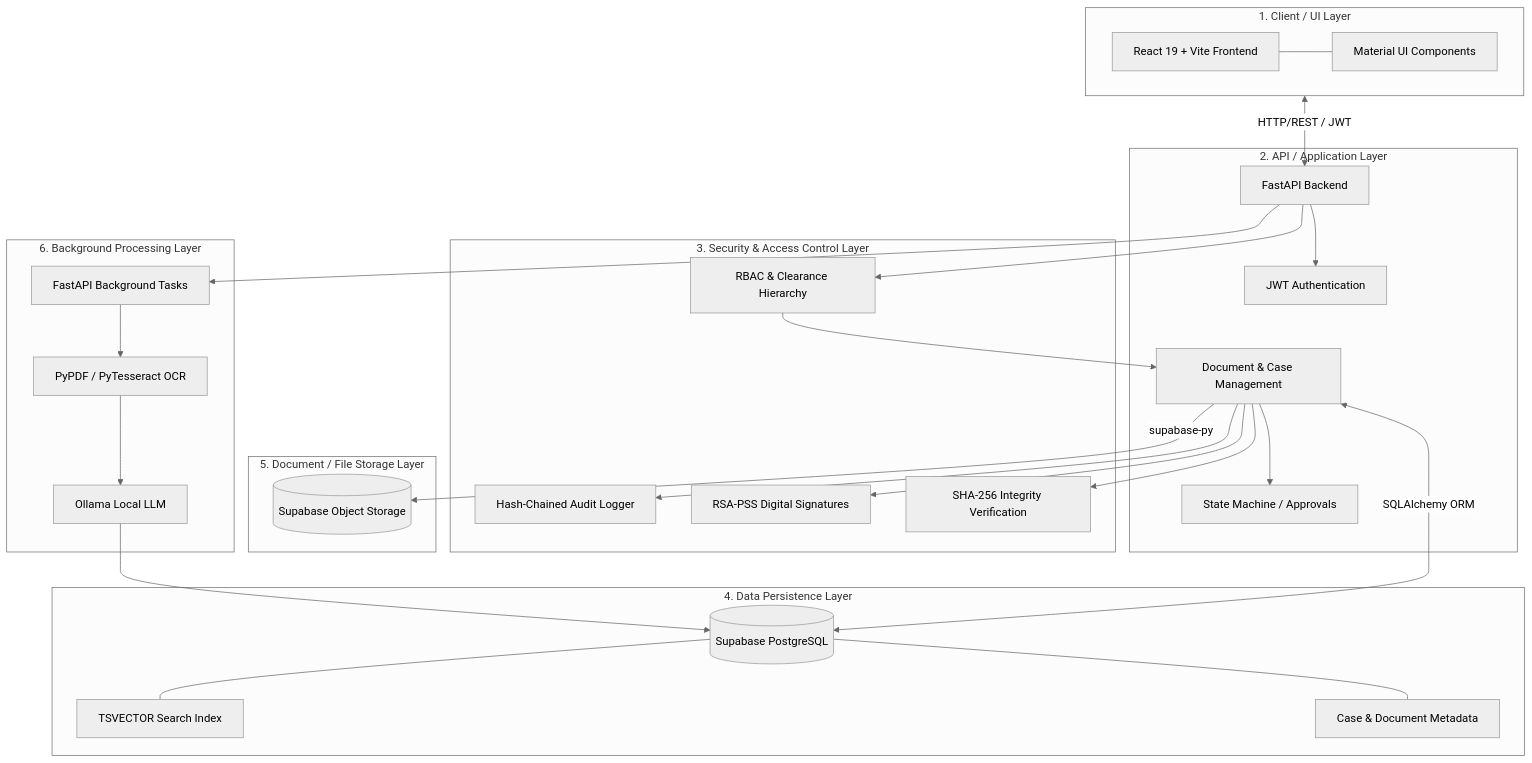
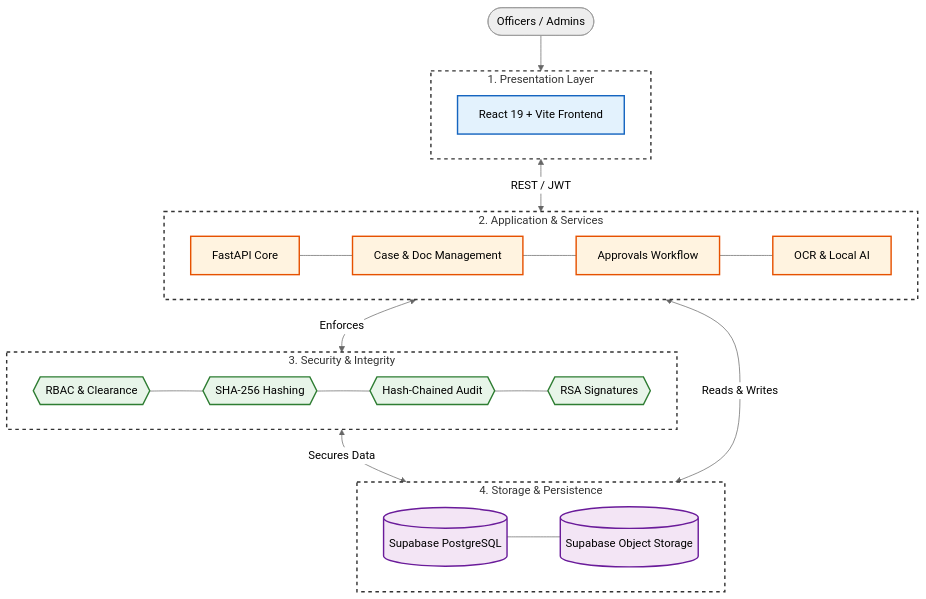
The third of 3 diagrams in README.md (Prabhanshu2025B0384/SDMS), drawn with Mermaid (neutral theme) before and after one commit. The commit also changed other lines of this file, not shown here.

Commit message:
diagrams changed

````diff
--- a/README.md
+++ b/README.md
@@ -631,60 +663,52 @@
 ```mermaid
 flowchart TD
-    subgraph ClientLayer [1. Client / UI Layer]
+    Users([Officers / Admins]) --> Presentation
+
+    subgraph Presentation [1. Presentation Layer]
         UI[React 19 + Vite Frontend]
-        MUI[Material UI Components]
-        UI --- MUI
     end
 
-    subgraph APILayer [2. API / Application Layer]
-        FastAPI[FastAPI Backend]
-        Auth[JWT Authentication]
-        Docs[Document & Case Management]
-        Workflow[State Machine / Approvals]
-    end
-    
-    subgraph SecurityLayer [3. Security & Access Control Layer]
-        RBAC[RBAC & Clearance Hierarchy]
-        Audit[Hash-Chained Audit Logger]
-        Crypto[RSA-PSS Digital Signatures]
-        Hasher[SHA-256 Integrity Verification]
+    Presentation <-->|REST / JWT| Application
+
+    subgraph Application [2. Application & Services]
+        direction LR
+        FastAPI[FastAPI Core]
+        Docs[Case & Doc Management]
+        Workflow[Approvals Workflow]
+        AI[OCR & Local AI]
+        FastAPI --- Docs --- Workflow --- AI
     end
 
-    subgraph DataLayer [4. Data Persistence Layer]
-        DB[(Supabase PostgreSQL)]
-        TSV[TSVECTOR Search Index]
-        Meta[Case & Document Metadata]
+    Application <-->|Enforces| Security
+
+    subgraph Security [3. Security & Integrity]
+        direction LR
+        RBAC{{RBAC & Clearance}}
+        Hash{{SHA-256 Hashing}}
+        Audit{{Hash-Chained Audit}}
+        Sign{{RSA Signatures}}
+        RBAC --- Hash --- Audit --- Sign
     end
 
-    subgraph StorageLayer [5. Document / File Storage Layer]
-        Supabase[(Supabase Object Storage)]
-    end
-    
-    subgraph BackgroundLayer [6. Background Processing Layer]
-        Tasks[FastAPI Background Tasks]
-        Extract[PyPDF / PyTesseract OCR]
-        Ollama[Ollama Local LLM]
+    Security <-->|Secures Data| Persistence
+    Application <-->|Reads & Writes| Persistence
+
+    subgraph Persistence [4. Storage & Persistence]
+        direction LR
+        DB[(Supabase PostgreSQL)]
+        Store[(Supabase Object Storage)]
+        DB --- Store
     end
 
-    %% Flow connections
-    ClientLayer <-->|HTTP/REST / JWT| FastAPI
-    FastAPI --> Auth
-    FastAPI --> RBAC
-    RBAC --> Docs
-    Docs --> Workflow
-    
-    Docs --> Crypto
-    Docs --> Hasher
-    Docs --> Audit
-    
-    Docs <-->|SQLAlchemy ORM| DB
-    DB --- TSV
-    DB --- Meta
-    
-    Docs -->|supabase-py| Supabase
-    
-    FastAPI --> Tasks
-    Tasks --> Extract
-    Extract --> Ollama
-    Ollama --> DB
+    classDef layer fill:#ffffff,stroke:#333,stroke-width:2px,stroke-dasharray: 5 5;
+    classDef ui fill:#e3f2fd,stroke:#1565c0,stroke-width:2px;
+    classDef app fill:#fff3e0,stroke:#e65100,stroke-width:2px;
+    classDef sec fill:#e8f5e9,stroke:#2e7d32,stroke-width:2px;
+    classDef data fill:#f3e5f5,stroke:#6a1b9a,stroke-width:2px;
+
+    class Presentation,Application,Security,Persistence layer;
+    class UI ui;
+    class FastAPI,Docs,Workflow,AI app;
+    class RBAC,Hash,Audit,Sign sec;
+    class DB,Store data;
 ```
````
